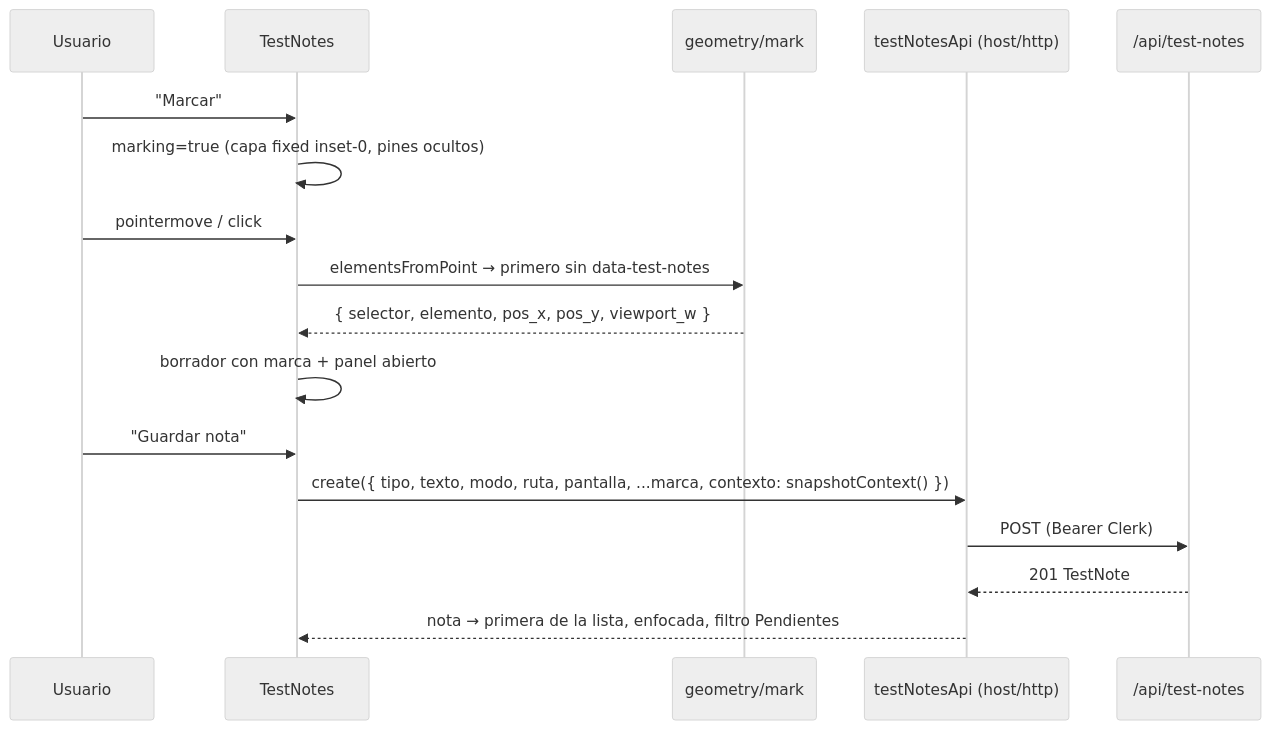
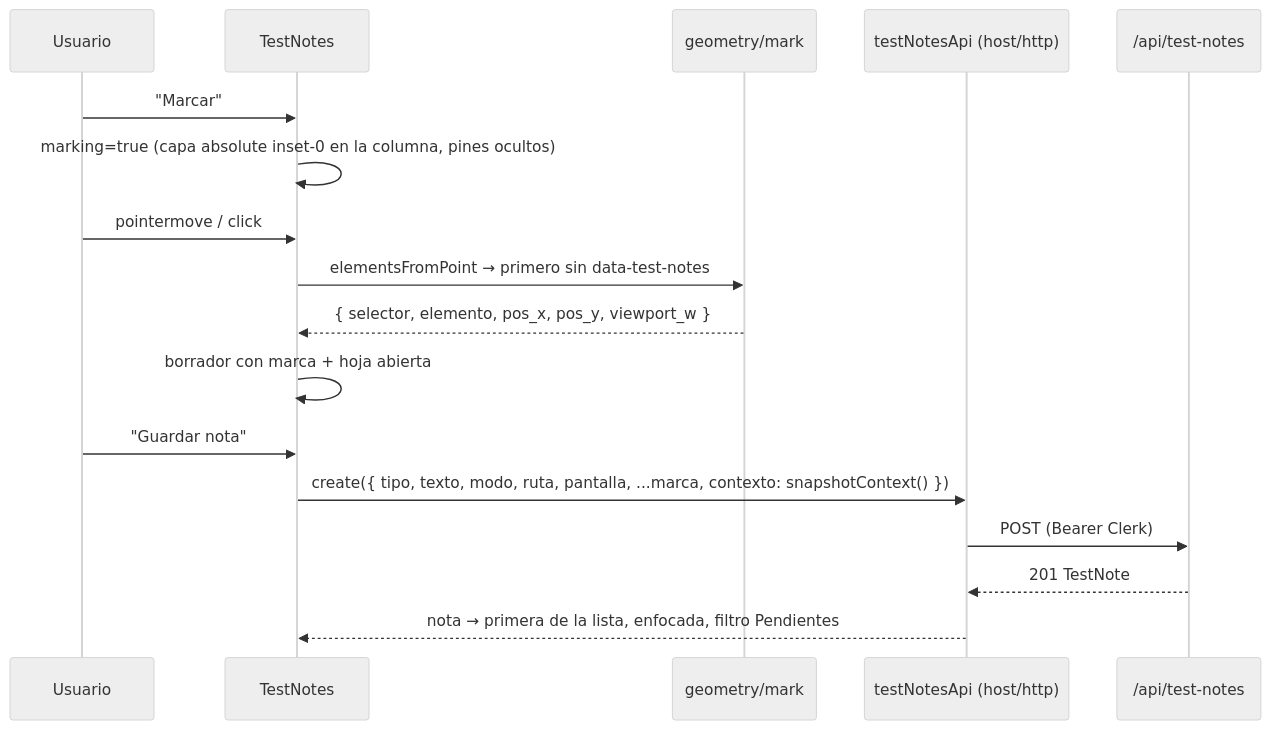
One commit to showeronlinegp-boop/compro-app changed the diagram in openspec/changes/test-notes/design.md. Above: the diagram before and after it, drawn with Mermaid (neutral theme). The commit also changed other lines of this file and 6 other files, not shown here.

````diff
--- a/openspec/changes/test-notes/design.md
+++ b/openspec/changes/test-notes/design.md
@@ -175,19 +207,19 @@
 ```mermaid
 sequenceDiagram
   participant U as Usuario
   participant T as TestNotes
   participant G as geometry/mark
   participant A as testNotesApi (host/http)
   participant B as /api/test-notes
   U->>T: "Marcar"
-  T->>T: marking=true (capa fixed inset-0, pines ocultos)
+  T->>T: marking=true (capa absolute inset-0 en la columna, pines ocultos)
   U->>T: pointermove / click
   T->>G: elementsFromPoint → primero sin data-test-notes
   G-->>T: { selector, elemento, pos_x, pos_y, viewport_w }
-  T->>T: borrador con marca + panel abierto
+  T->>T: borrador con marca + hoja abierta
   U->>T: "Guardar nota"
   T->>A: create({ tipo, texto, modo, ruta, pantalla, ...marca, contexto: snapshotContext() })
   A->>B: POST (Bearer Clerk)
   B-->>A: 201 TestNote
   A-->>T: nota → primera de la lista, enfocada, filtro Pendientes
 ```
````
